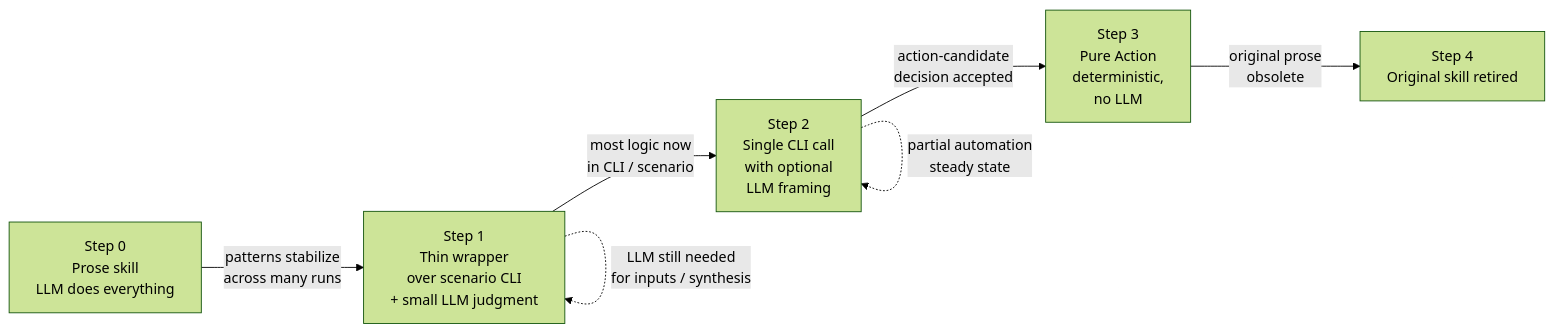
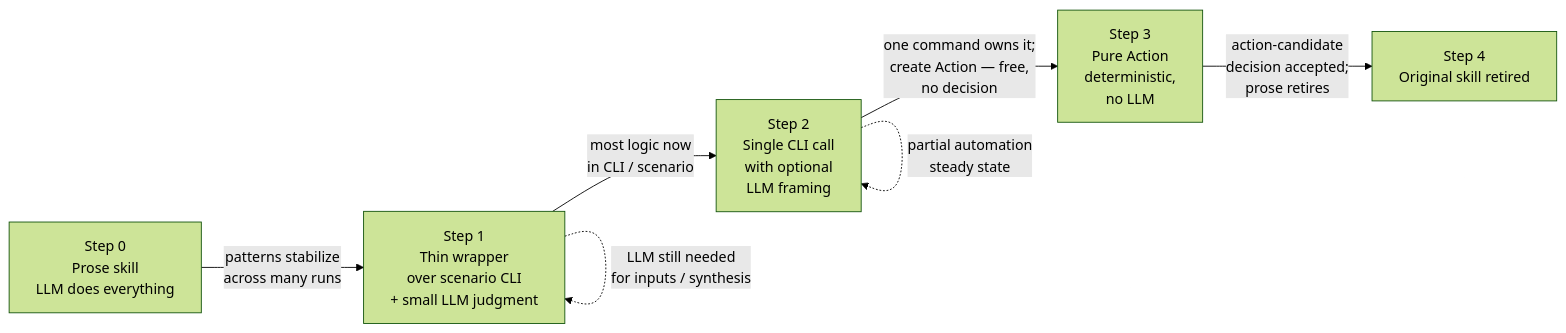
One commit to Vrooli/Vrooli changed the diagram in docs/agent-system/PROMOTION_LADDER.md. Above: the diagram before and after it, drawn with Mermaid (forest theme). The commit also changed other lines of this file and 28 other files, not shown here.

````diff
--- a/docs/agent-system/PROMOTION_LADDER.md
+++ b/docs/agent-system/PROMOTION_LADDER.md
@@ -19,16 +19,16 @@
 ```mermaid
 flowchart LR
     P0[Step 0<br/>Prose skill<br/>LLM does everything]
     P1[Step 1<br/>Thin wrapper<br/>over scenario CLI<br/>+ small LLM judgment]
     P2[Step 2<br/>Single CLI call<br/>with optional<br/>LLM framing]
     P3[Step 3<br/>Pure Action<br/>deterministic,<br/>no LLM]
     P4[Step 4<br/>Original skill retired]
 
     P0 -->|patterns stabilize<br/>across many runs| P1
     P1 -->|most logic now<br/>in CLI / scenario| P2
-    P2 -->|action-candidate<br/>decision accepted| P3
-    P3 -->|original prose<br/>obsolete| P4
+    P2 -->|one command owns it;<br/>create Action — free,<br/>no decision| P3
+    P3 -->|action-candidate<br/>decision accepted;<br/>prose retires| P4
 
     P1 -.LLM still needed<br/>for inputs / synthesis.-> P1
     P2 -.partial automation<br/>steady state.-> P2
 ```
````
